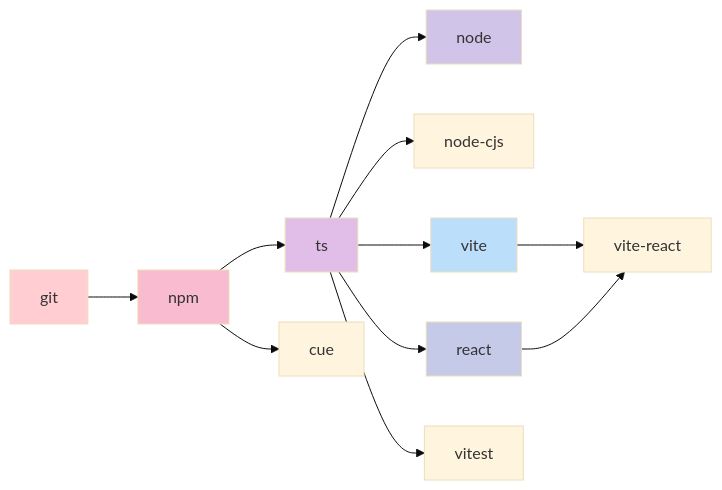
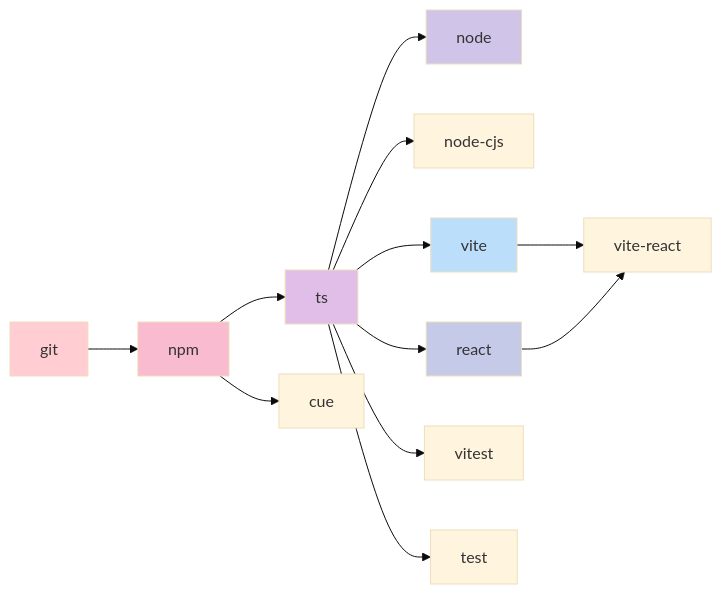
The third of 4 diagrams in README.md (mark1russell7/cue), drawn with Mermaid (base theme) before and after one commit. The commit also changed other lines of this file and 29 other files, not shown here.

````diff
--- a/README.md
+++ b/README.md
@@ -260,20 +262,21 @@
 ```mermaid
 graph LR
     git --> npm
     npm --> ts
     npm --> cue
     ts --> node
     ts --> node-cjs
     ts --> react
     ts --> vite
     ts --> vitest
+    ts --> test
     vite --> vite-react
     react --> vite-react
 
     style git fill:#ffcdd2
     style npm fill:#f8bbd0
     style ts fill:#e1bee7
     style node fill:#d1c4e9
     style react fill:#c5cae9
     style vite fill:#bbdefb
 ```
````
